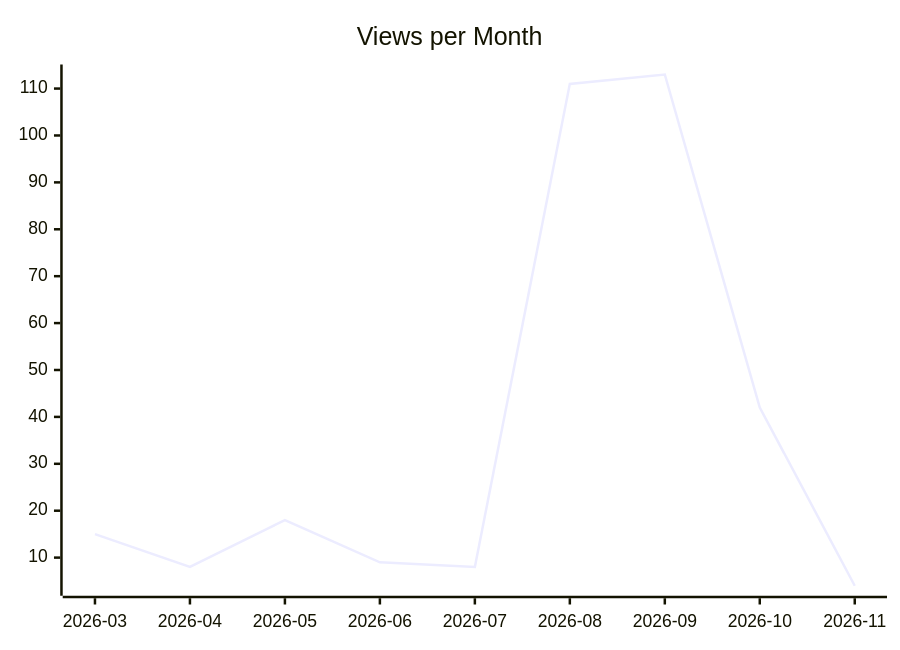
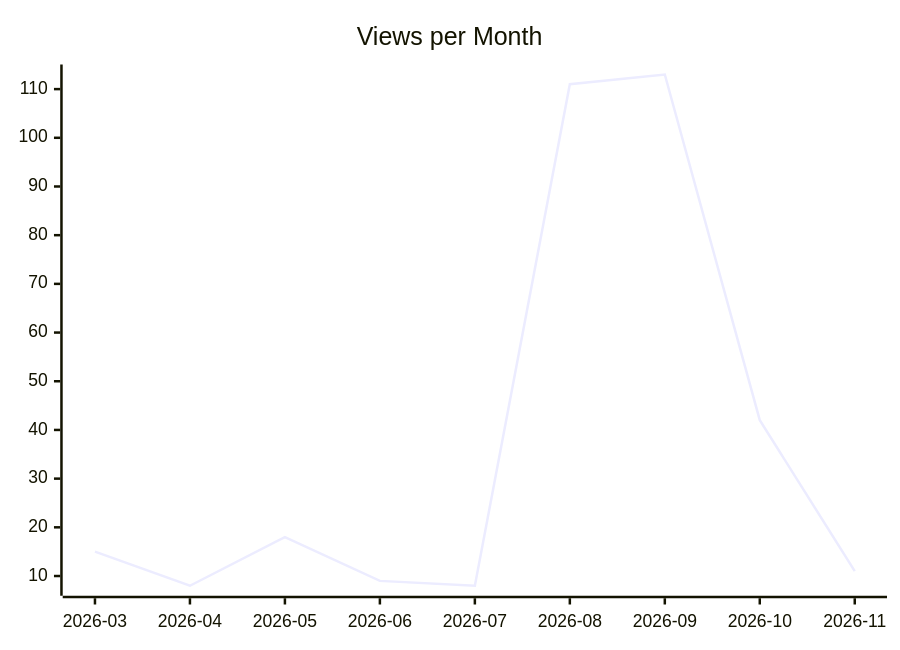
One commit to justdavis-family/github-analytics-data changed the second of 3 diagrams in karlmdavis/xmlpull/README.md. Above: the diagram before and after it, drawn with Mermaid. The commit also changed other lines of this file and 192 other files, not shown here.

````diff
--- a/karlmdavis/xmlpull/README.md
+++ b/karlmdavis/xmlpull/README.md
@@ -12,6 +12,6 @@
 ```mermaid
 xychart-beta
   title "Views per Month"
   x-axis ["2026-03", "2026-04", "2026-05", "2026-06", "2026-07", "2026-08", "2026-09", "2026-10", "2026-11"]
-  line [15, 8, 18, 9, 8, 111, 113, 42, 4]
+  line [15, 8, 18, 9, 8, 111, 113, 42, 11]
 ```
````
